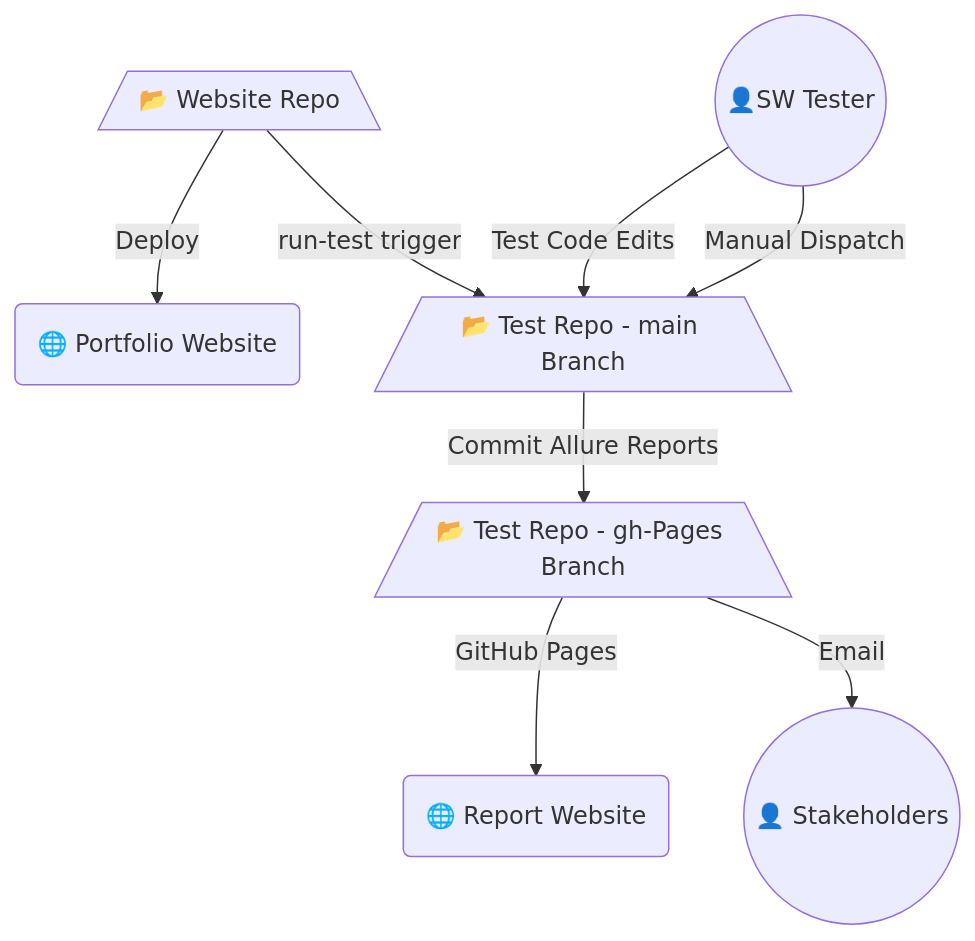
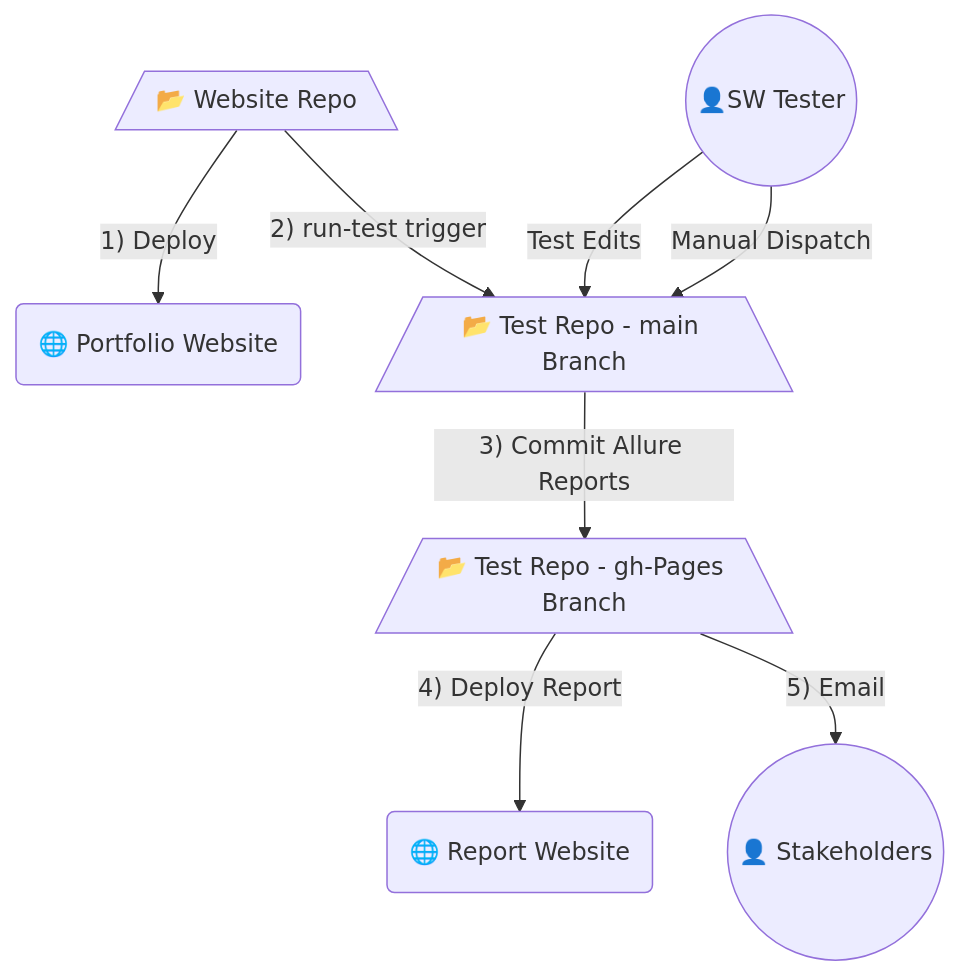
One commit to MahmoudFawzyAOE2/mft1998-portfolio-TestAutomation changed the diagram in README.md. Above: the diagram before and after it, drawn with Mermaid. The commit also changed other lines of this file, not shown here.

````diff
--- a/README.md
+++ b/README.md
@@ -104,10 +104,10 @@
 ```mermaid
 graph TD
-    A[/📂 Website Repo\] -- Deploy --> F(🌐 Portfolio Website)
-    A -- run-test trigger --> B[/📂 Test Repo - main Branch\]
-    E -- Test Code Edits --> B
+    A[/📂 Website Repo\] -- 1) Deploy --> F(🌐 Portfolio Website)
+    A -- 2) run-test trigger --> B[/📂 Test Repo - main Branch\]
+    E -- Test Edits --> B
     E((👤SW Tester)) -- Manual Dispatch --> B
-    B -- Commit Allure Reports --> C[/📂 Test Repo - gh-Pages Branch\]
-    C -- GitHub Pages --> D(🌐 Report Website)
-    C -- Email --> G((👤 Stakeholders))   
+    B -- 3) Commit Allure Reports --> C[/📂 Test Repo - gh-Pages Branch\]
+    C -- 4) Deploy Report --> D(🌐 Report Website)
+    C -- 5) Email --> G((👤 Stakeholders))   
 ```
````
